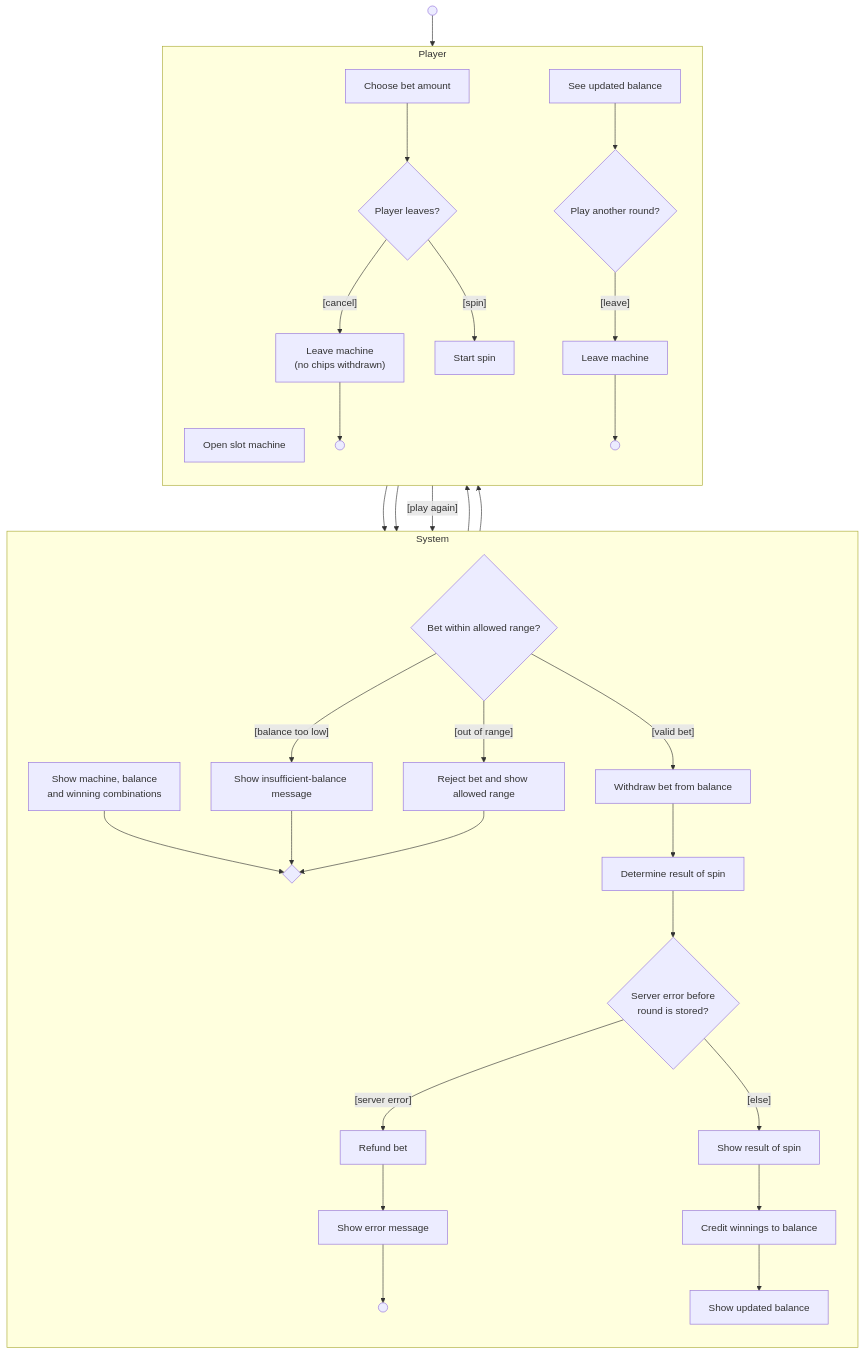
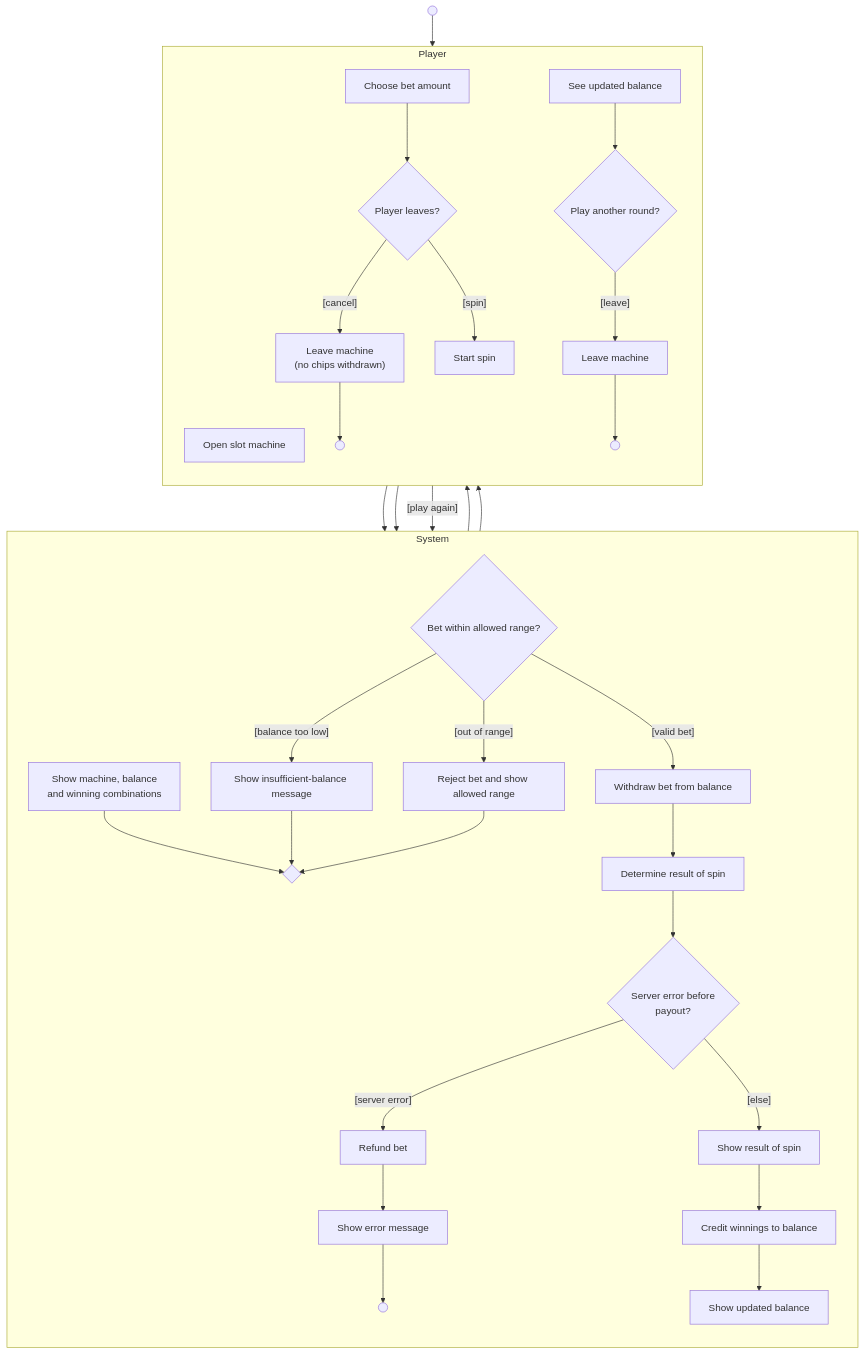
The second of 2 diagrams in docs/use_cases/UC-03_play-slot-machine.md (deadbeef-alo/CloverStack), drawn with Mermaid before and after one commit. The commit also changed other lines of this file and 1 other file, not shown here.

````diff
--- a/docs/use_cases/UC-03_play-slot-machine.md
+++ b/docs/use_cases/UC-03_play-slot-machine.md
@@ -95,49 +90,49 @@
 ```mermaid
 flowchart TB
     S((" ")):::init
 
     subgraph System
         direction TB
         B["Show machine, balance<br/>and winning combinations"]
         M{" "}
         D3{"Bet within allowed range?"}
         R1["Show insufficient-balance message"]
         R2["Reject bet and show allowed range"]
         W["Withdraw bet from balance"]
         F["Determine result of spin"]
-        G{"Server error before<br/>round is stored?"}
+        G{"Server error before<br/>payout?"}
         H["Refund bet"]
         I["Show error message"]
         J["Credit winnings to balance"]
         N["Show result of spin"]
         O["Show updated balance"]
         END2((" ")):::final
     end
 
     subgraph Player
         direction TB
         A["Open slot machine"]
         C["Choose bet amount"]
         D{"Player leaves?"}
         L1["Leave machine<br/>(no chips withdrawn)"]
         E["Start spin"]
         P["See updated balance"]
         Q{"Play another round?"}
         L2["Leave machine"]
 	    END1((" ")):::final
 	    END3((" ")):::final    
     end
 
     S --> A --> B --> M
     M --> C --> D
     D -- "[cancel]" --> L1 --> END1
     D -- "[spin]" --> E --> D3
     D3 -- "[balance too low]" --> R1 --> M
     
     D3 -- "[out of range]" --> R2 --> M
     D3 -- "[valid bet]" --> W --> F --> G
     G -- "[server error]" --> H --> I --> END2
     G -- "[else]" --> N --> J --> O --> P --> Q
     Q -- "[play again]" --> M
     Q -- "[leave]" --> L2 --> END3
 ```
````
